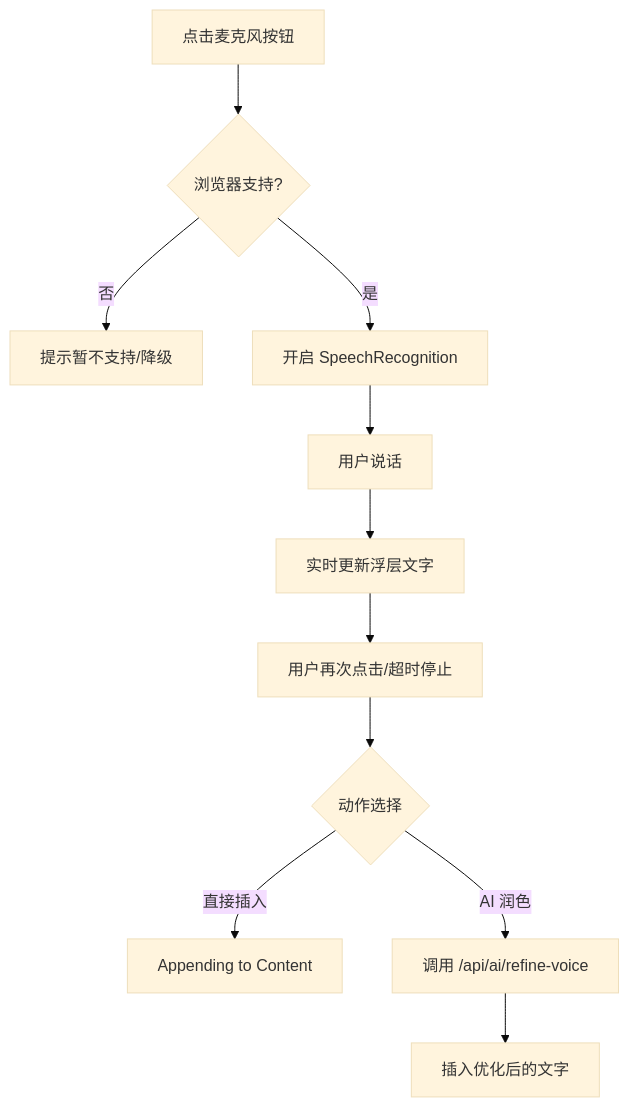
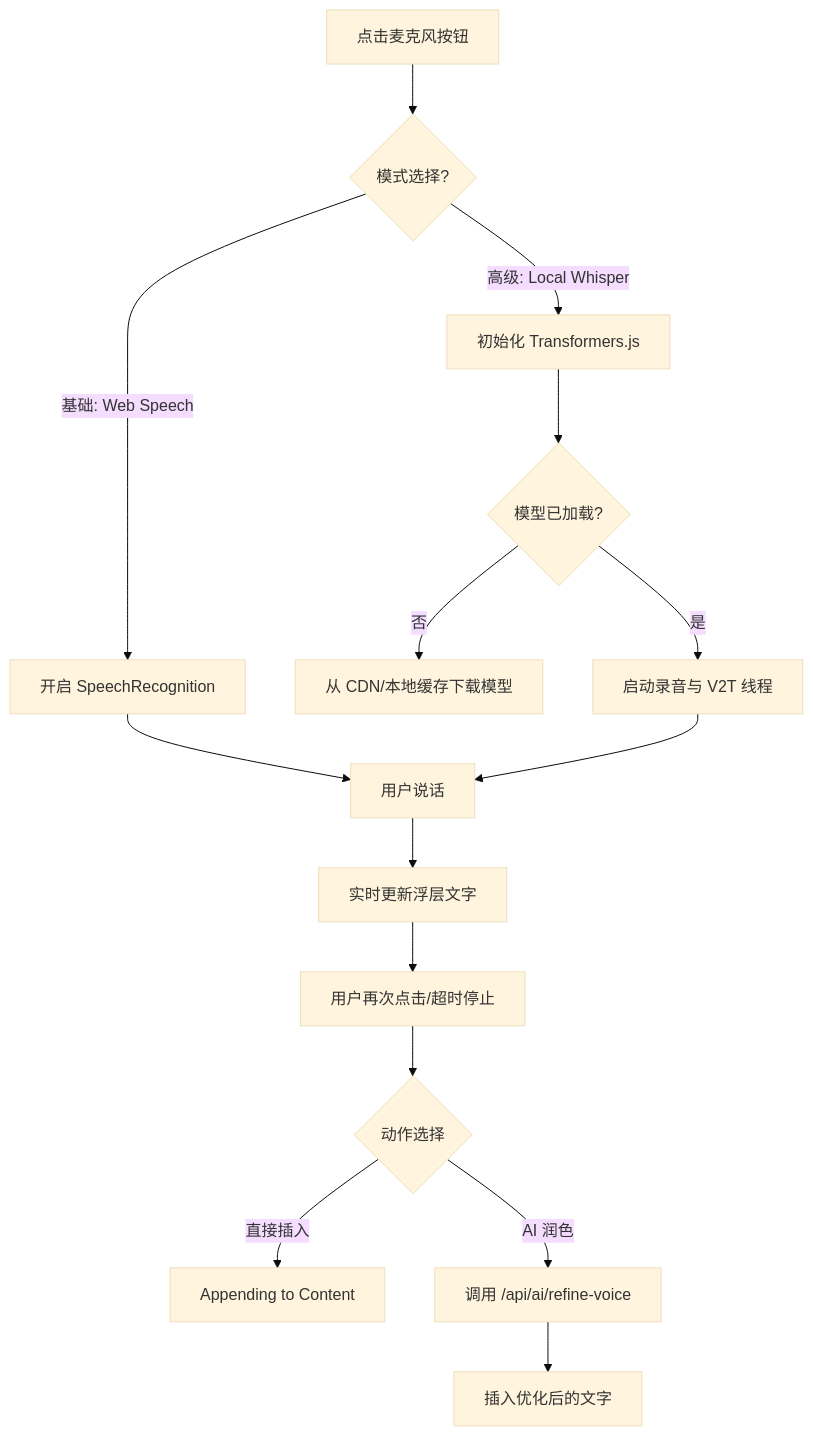
One commit to CaoMeiYouRen/momei changed the diagram in docs/design/modules/voice.md. Above: the diagram before and after it, drawn with Mermaid (base theme). The commit also changed other lines of this file and 2 other files, not shown here.

````diff
--- a/docs/design/modules/voice.md
+++ b/docs/design/modules/voice.md
@@ -53,13 +71,17 @@
 ```mermaid
 graph TD
-    A[点击麦克风按钮] --> B{浏览器支持?}
-    B -- 否 --> C[提示暂不支持/降级]
-    B -- 是 --> D[开启 SpeechRecognition]
+    A[点击麦克风按钮] --> B{模式选择?}
+    B -- 基础: Web Speech --> D[开启 SpeechRecognition]
+    B -- 高级: Local Whisper --> L[初始化 Transformers.js]
+    L --> M{模型已加载?}
+    M -- 否 --> N[从 CDN/本地缓存下载模型]
+    M -- 是 --> O[启动录音与 V2T 线程]
     D --> E[用户说话]
+    O --> E
     E --> F[实时更新浮层文字]
     F --> G[用户再次点击/超时停止]
     G --> H{动作选择}
     H -- 直接插入 --> I[Appending to Content]
     H -- AI 润色 --> J[调用 /api/ai/refine-voice]
     J --> K[插入优化后的文字]
 ```
````
